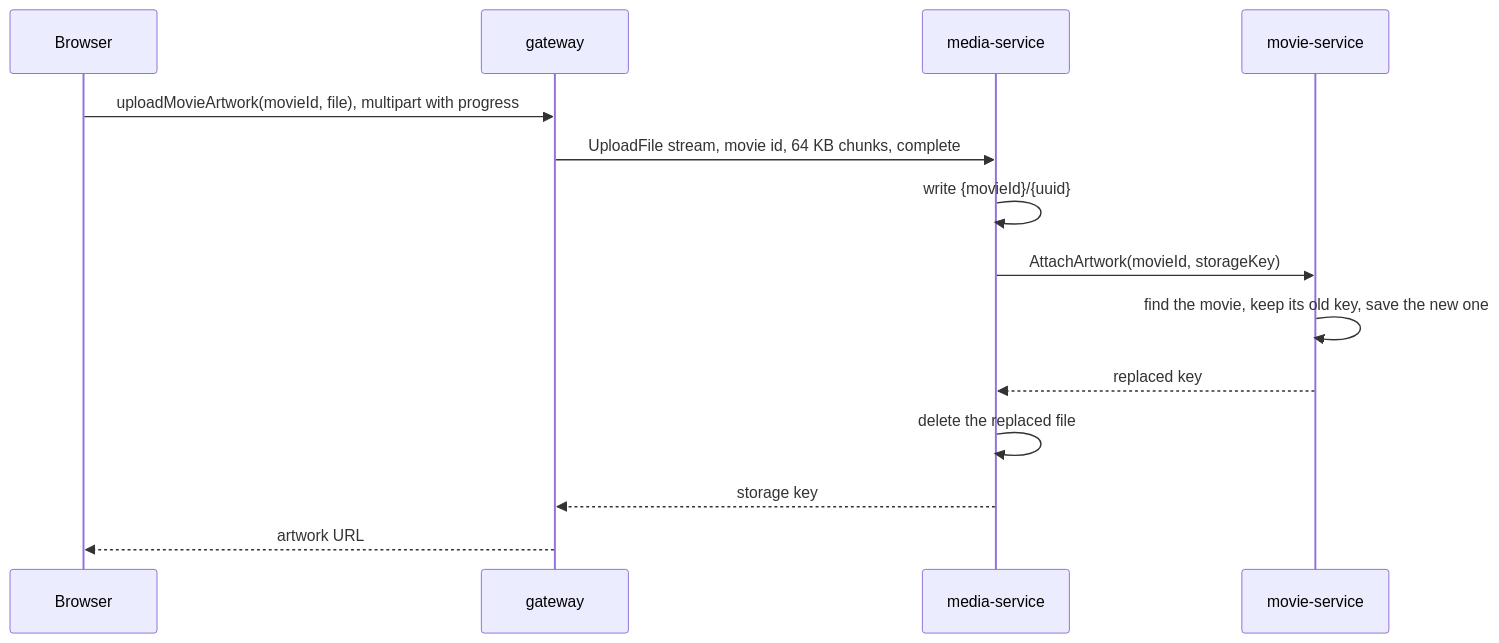
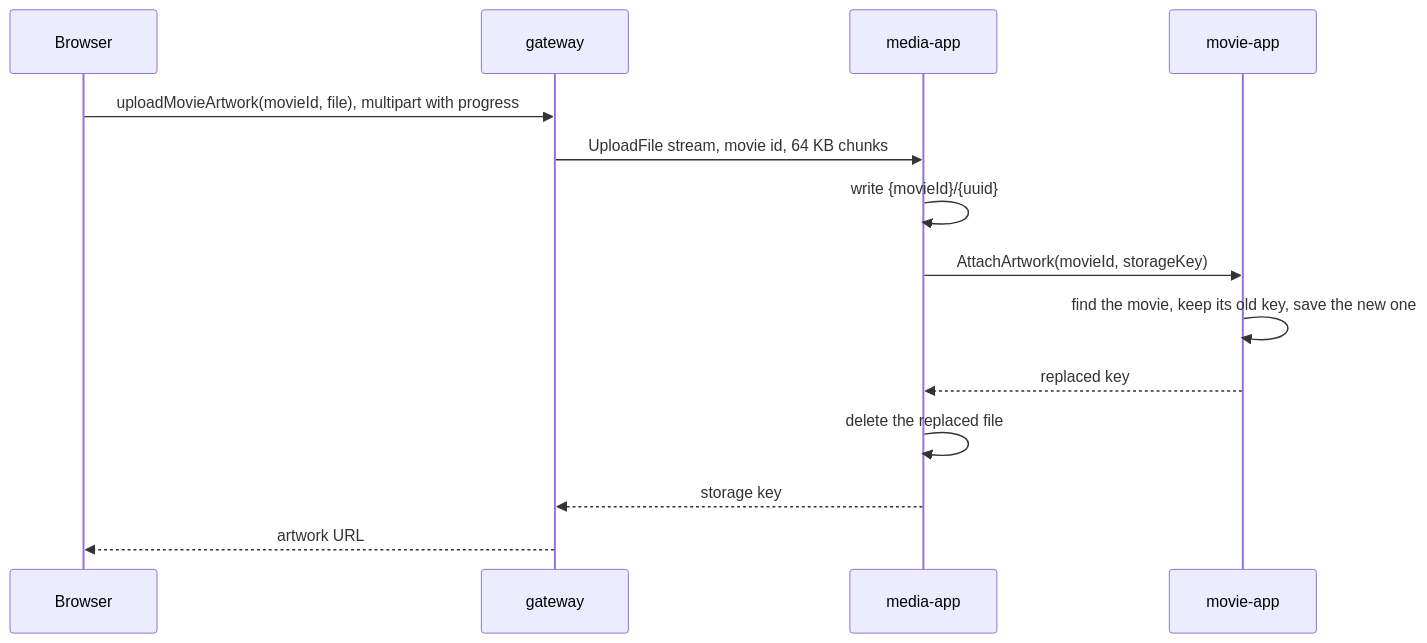
The fourth of 6 diagrams in docs/backend-design.md (dancepop/svelte-kotlin-try), drawn with Mermaid before and after one commit. The commit also changed other lines of this file and 125 other files, not shown here.

````diff
--- a/docs/backend-design.md
+++ b/docs/backend-design.md
@@ -159,16 +159,16 @@
 ```mermaid
 sequenceDiagram
   participant B as Browser
   participant G as gateway
-  participant M as media-service
-  participant V as movie-service
+  participant M as media-app
+  participant V as movie-app
   B->>G: uploadMovieArtwork(movieId, file), multipart with progress
-  G->>M: UploadFile stream, movie id, 64 KB chunks, complete
+  G->>M: UploadFile stream, movie id, 64 KB chunks
   M->>M: write {movieId}/{uuid}
   M->>V: AttachArtwork(movieId, storageKey)
   V->>V: find the movie, keep its old key, save the new one
   V-->>M: replaced key
   M->>M: delete the replaced file
   M-->>G: storage key
   G-->>B: artwork URL
 ```
````
